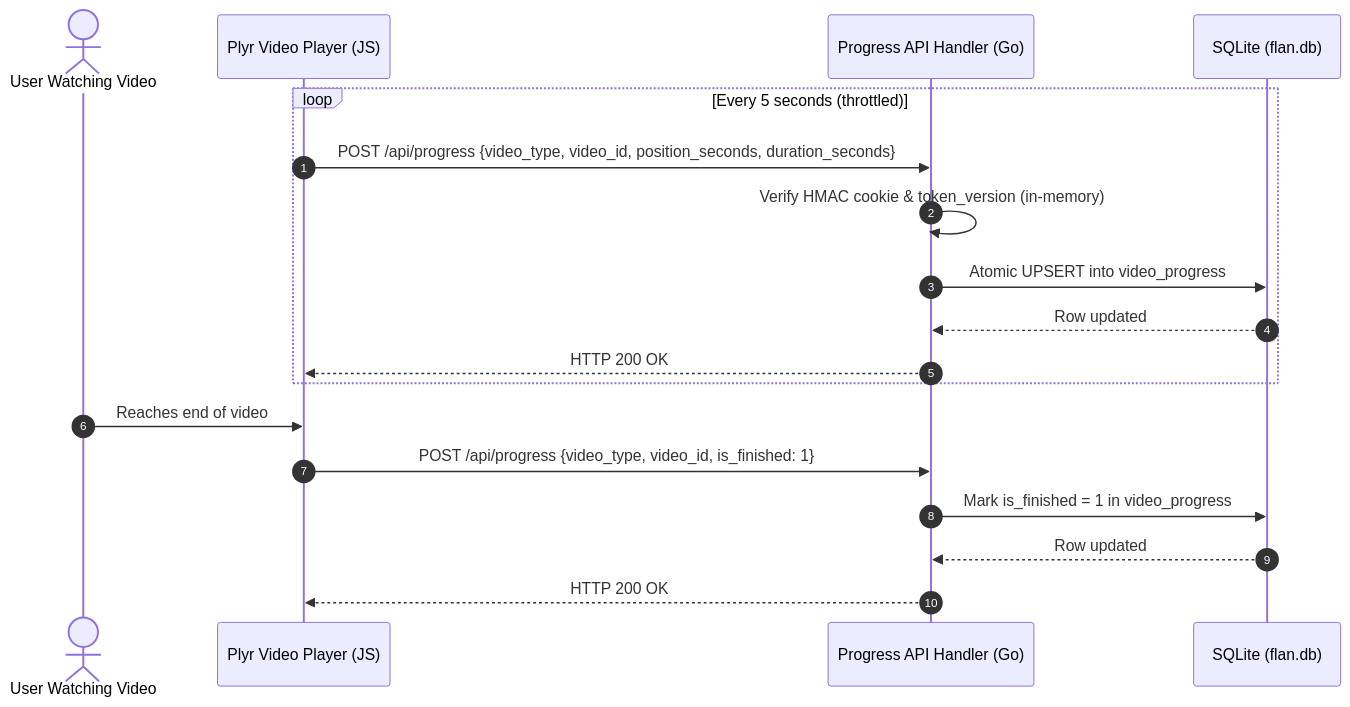
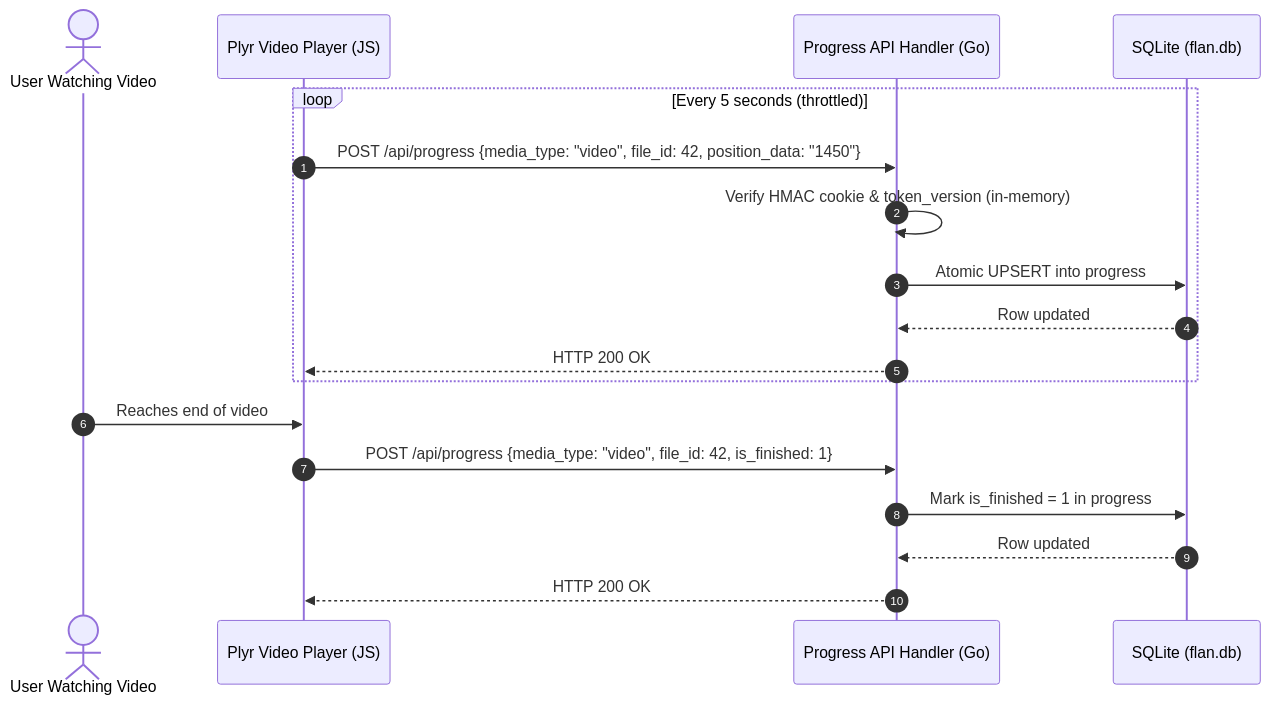
One commit to WesleyEsq/Flan-Media-Server changed the fifth of 6 diagrams in docs/diagrams/data-flow.md. Above: the diagram before and after it, drawn with Mermaid. The commit also changed other lines of this file and 14 other files, not shown here.

````diff
--- a/docs/diagrams/data-flow.md
+++ b/docs/diagrams/data-flow.md
@@ -170,21 +148,21 @@
 ```mermaid
 sequenceDiagram
     autonumber
     actor User as User Watching Video
     participant Player as Plyr Video Player (JS)
     participant API as Progress API Handler (Go)
     participant DB as SQLite (flan.db)
 
     loop Every 5 seconds (throttled)
-        Player->>API: POST /api/progress {video_type, video_id, position_seconds, duration_seconds}
+        Player->>API: POST /api/progress {media_type: "video", file_id: 42, position_data: "1450"}
         API->>API: Verify HMAC cookie & token_version (in-memory)
-        API->>DB: Atomic UPSERT into video_progress
+        API->>DB: Atomic UPSERT into progress
         DB-->>API: Row updated
         API-->>Player: HTTP 200 OK
     end
     User->>Player: Reaches end of video
-    Player->>API: POST /api/progress {video_type, video_id, is_finished: 1}
-    API->>DB: Mark is_finished = 1 in video_progress
+    Player->>API: POST /api/progress {media_type: "video", file_id: 42, is_finished: 1}
+    API->>DB: Mark is_finished = 1 in progress
     DB-->>API: Row updated
     API-->>Player: HTTP 200 OK
 ```
````
